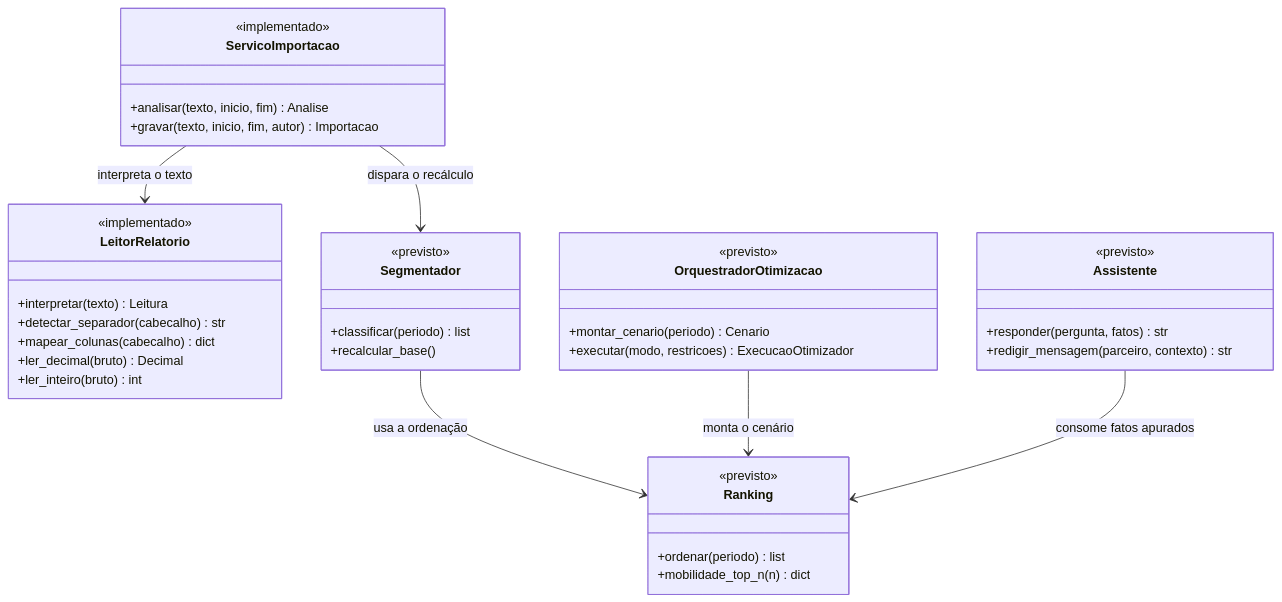
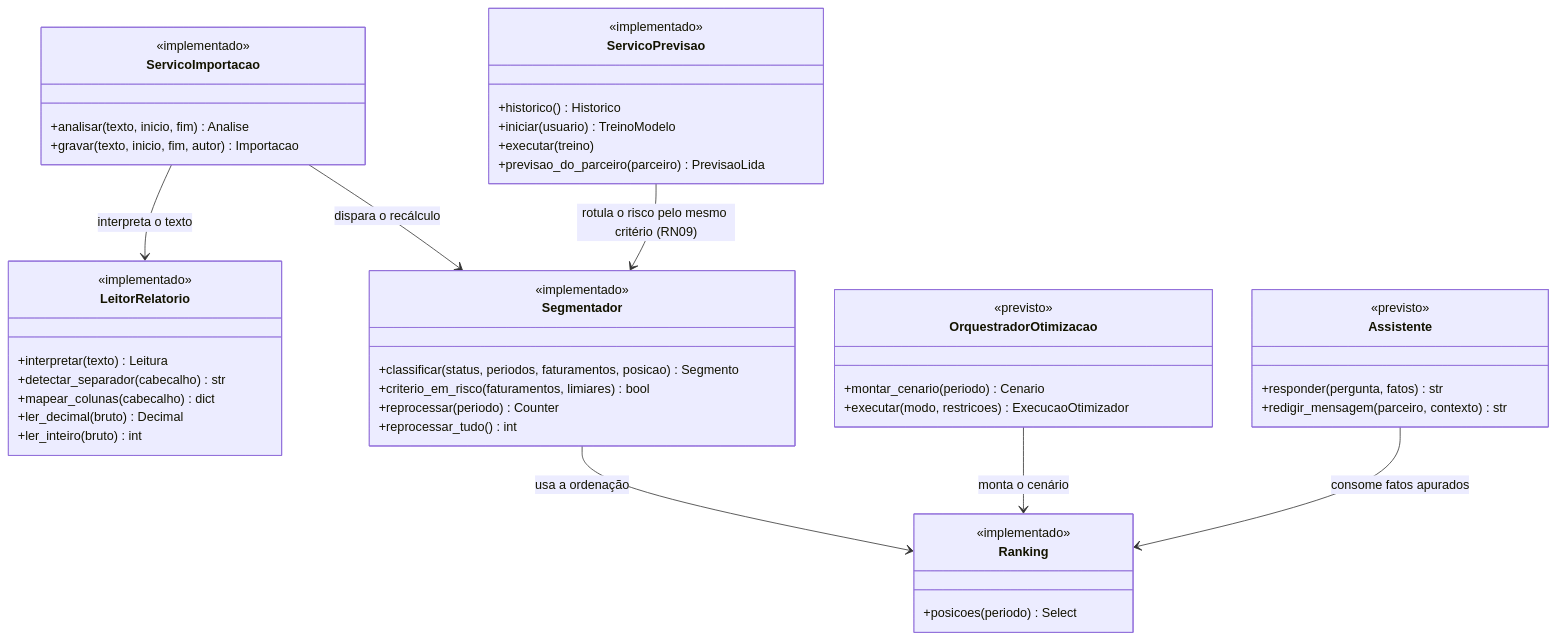
One commit to PedroMiranda243/gih-fabrica-de-software changed the sixth of 8 diagrams in docs/10-diagrama-de-classes.md. Above: the diagram before and after it, drawn with Mermaid. The commit also changed other lines of this file and 3 other files, not shown here.

First line of the commit message:
docs: o modelo de dados e as classes ganham o treino do modelo

````diff
--- a/docs/10-diagrama-de-classes.md
+++ b/docs/10-diagrama-de-classes.md
@@ -424,49 +449,59 @@
 ```mermaid
 classDiagram
     direction TB
 
     class ServicoImportacao {
         <<implementado>>
         +analisar(texto, inicio, fim) Analise
         +gravar(texto, inicio, fim, autor) Importacao
     }
 
     class LeitorRelatorio {
         <<implementado>>
         +interpretar(texto) Leitura
         +detectar_separador(cabecalho) str
         +mapear_colunas(cabecalho) dict
         +ler_decimal(bruto) Decimal
         +ler_inteiro(bruto) int
     }
 
     class Segmentador {
-        <<previsto>>
-        +classificar(periodo) list
-        +recalcular_base()
+        <<implementado>>
+        +classificar(status, periodos, faturamentos, posicao) Segmento
+        +criterio_em_risco(faturamentos, limiares) bool
+        +reprocessar(periodo) Counter
+        +reprocessar_tudo() int
     }
 
     class Ranking {
-        <<previsto>>
-        +ordenar(periodo) list
-        +mobilidade_top_n(n) dict
+        <<implementado>>
+        +posicoes(periodo) Select
+    }
+
+    class ServicoPrevisao {
+        <<implementado>>
+        +historico() Historico
+        +iniciar(usuario) TreinoModelo
+        +executar(treino)
+        +previsao_do_parceiro(parceiro) PrevisaoLida
     }
 
     class OrquestradorOtimizacao {
         <<previsto>>
         +montar_cenario(periodo) Cenario
         +executar(modo, restricoes) ExecucaoOtimizador
     }
 
     class Assistente {
         <<previsto>>
         +responder(pergunta, fatos) str
         +redigir_mensagem(parceiro, contexto) str
     }
 
     ServicoImportacao --> LeitorRelatorio : interpreta o texto
     ServicoImportacao --> Segmentador : dispara o recálculo
     Segmentador --> Ranking : usa a ordenação
+    ServicoPrevisao --> Segmentador : rotula o risco pelo mesmo critério (RN09)
     OrquestradorOtimizacao --> Ranking : monta o cenário
     Assistente --> Ranking : consome fatos apurados
 ```
````
